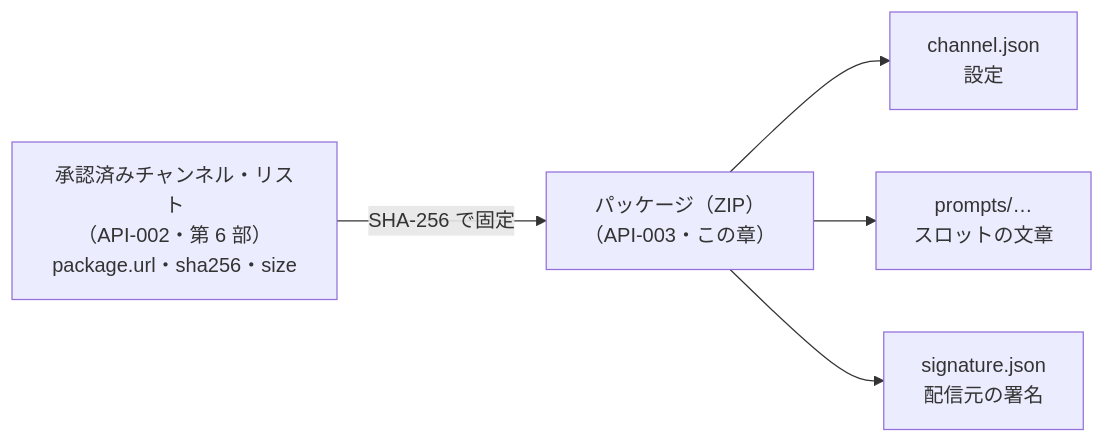
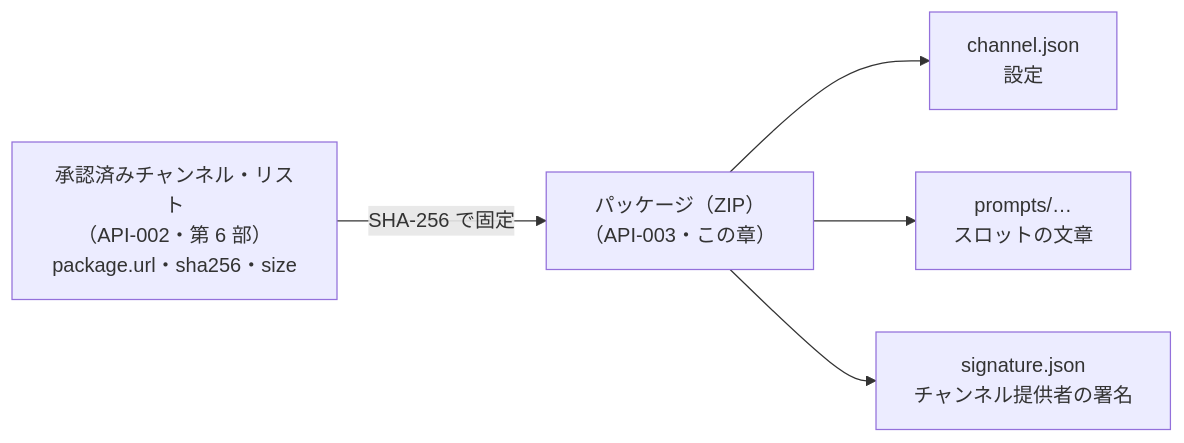
The diagram in 05-station-format/02-package-format.md (duwenji/yorisoi-tutorial), drawn with Mermaid before and after one commit. The commit also changed other lines of this file and 62 other files, not shown here.

````diff
--- a/05-station-format/02-package-format.md
+++ b/05-station-format/02-package-format.md
@@ -17,7 +17,7 @@
 ```mermaid
 flowchart LR
     L["承認済みチャンネル・リスト<br/>（API-002・第 6 部）<br/>package.url・sha256・size"] -->|"SHA-256 で固定"| P["パッケージ（ZIP）<br/>（API-003・この章）"]
     P --> CJ["channel.json<br/>設定"]
     P --> SL["prompts/…<br/>スロットの文章"]
-    P --> SG["signature.json<br/>配信元の署名"]
+    P --> SG["signature.json<br/>チャンネル提供者の署名"]
 ```
````
